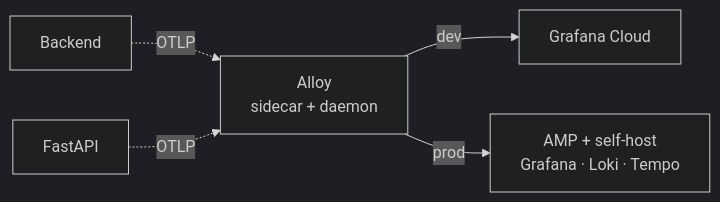
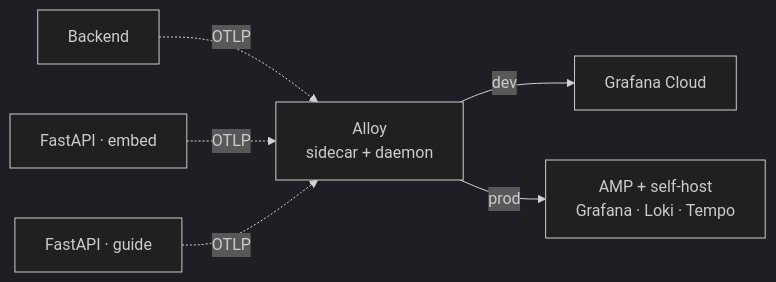
One commit to DraWeTeam/drawe changed the diagram in infra/README.md. Above: the diagram before and after it, drawn with Mermaid (dark theme). The commit also changed other lines of this file and 4 other files, not shown here.

````diff
--- a/infra/README.md
+++ b/infra/README.md
@@ -178,7 +216,8 @@
 ```mermaid
 flowchart LR
   BE[Backend] -. OTLP .-> AL[Alloy<br/>sidecar + daemon]
-  FA[FastAPI] -. OTLP .-> AL
+  FA[FastAPI · embed] -. OTLP .-> AL
+  GA[FastAPI · guide] -. OTLP .-> AL
   AL -->|dev| GC[Grafana Cloud]
   AL -->|prod| SH[AMP + self-host<br/>Grafana · Loki · Tempo]
 ```
````
